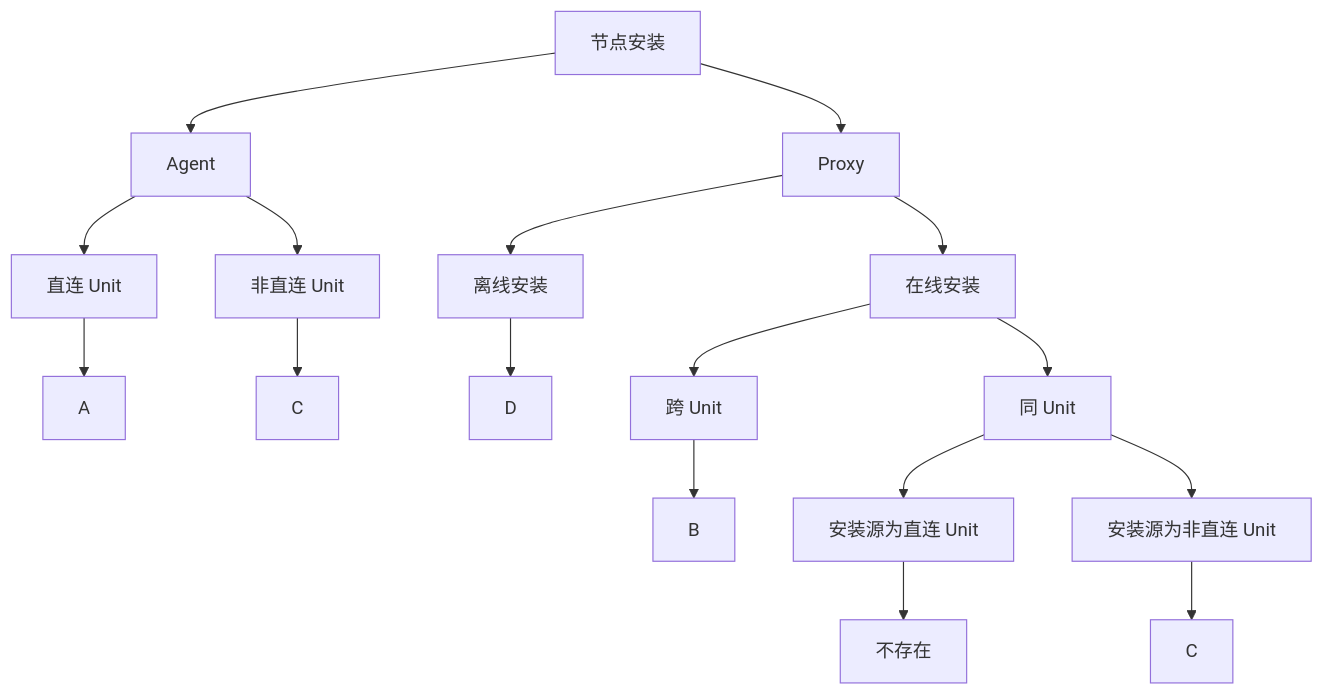
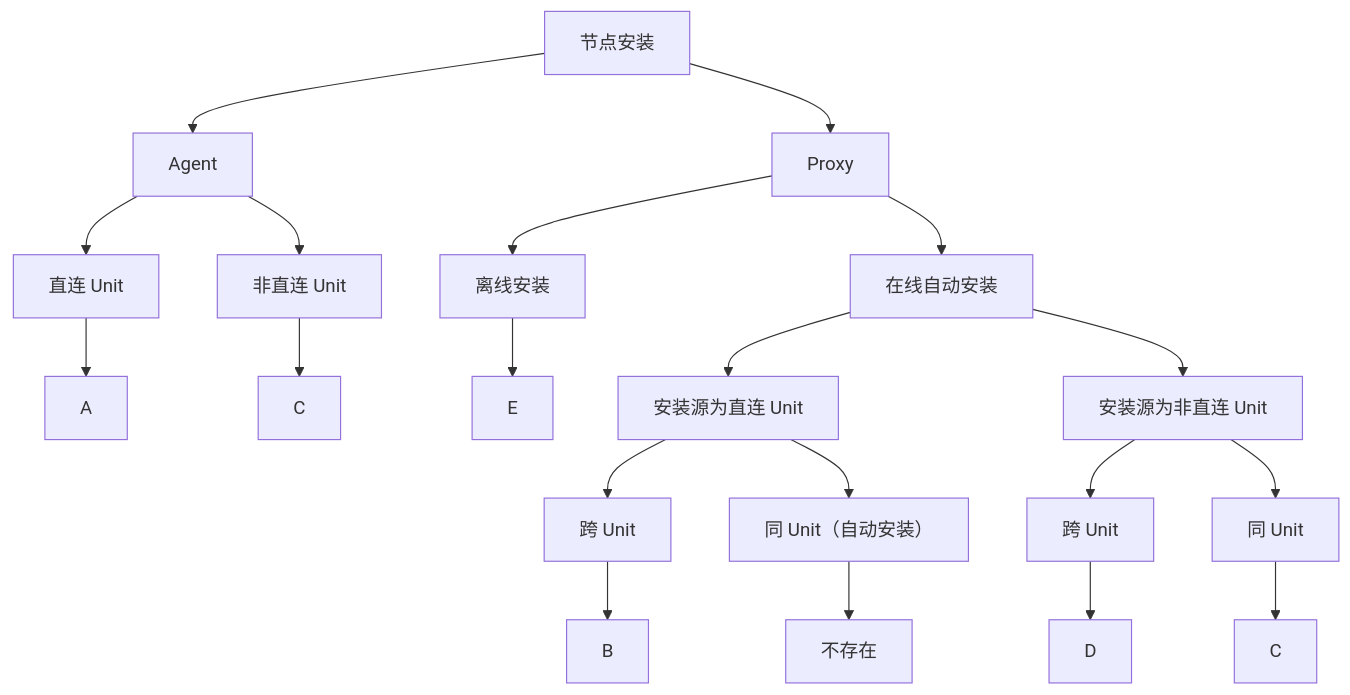
One commit to TencentBlueKing/bk-nodemgr changed the first of 4 diagrams in docs/concepts/node/control_mode.md. Above: the diagram before and after it, drawn with Mermaid. The commit also changed other lines of this file and 3 other files, not shown here.

````diff
--- a/docs/concepts/node/control_mode.md
+++ b/docs/concepts/node/control_mode.md
@@ -41,20 +43,23 @@
 ```mermaid
 graph TD
     Root["节点安装"]
     Root --> Agent
     Root --> Proxy
     Agent --> AD["直连 Unit"]
     Agent --> AN["非直连 Unit"]
     AD --> A1["A"]
     AN --> C1["C"]
     Proxy --> PO["离线安装"]
-    Proxy --> OL["在线安装"]
-    PO --> D["D"]
-    OL --> CU["跨 Unit"]
-    OL --> SU["同 Unit"]
-    CU --> B["B"]
-    SU --> OD["安装源为直连 Unit"]
-    SU --> ON["安装源为非直连 Unit"]
-    OD --> A2["不存在"]
-    ON --> C2["C"]
+    Proxy --> OL["在线自动安装"]
+    PO --> E["E"]
+    OL --> OD["安装源为直连 Unit"]
+    OL --> ON["安装源为非直连 Unit"]
+    OD --> DCU["跨 Unit"]
+    OD --> DSU["同 Unit（自动安装）"]
+    DCU --> B1["B"]
+    DSU --> NA["不存在"]
+    ON --> NCU["跨 Unit"]
+    ON --> NSU["同 Unit"]
+    NCU --> D2["D"]
+    NSU --> D1["C"]
 ```
````
